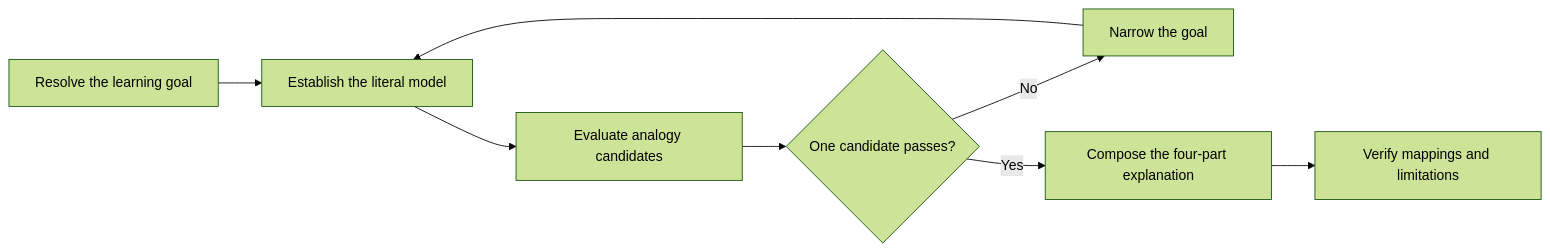
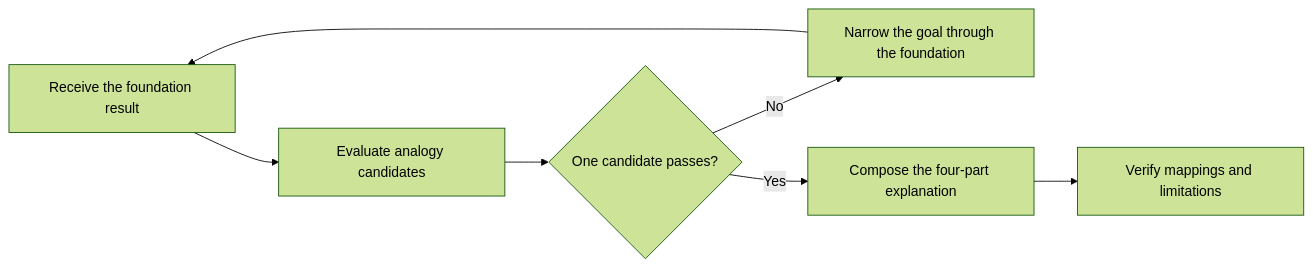
One commit to fam-tung-lam/ptlam-agent-plugin changed the diagram in plugin/skills/ptlam-explaining-with-analogy/SKILL.md. Above: the diagram before and after it, drawn with Mermaid (forest theme). The commit also changed other lines of this file and 40 other files, not shown here.

````diff
--- a/plugin/skills/ptlam-explaining-with-analogy/SKILL.md
+++ b/plugin/skills/ptlam-explaining-with-analogy/SKILL.md
@@ -16,10 +17,9 @@
 ```mermaid
 flowchart LR
-    A[Resolve the learning goal] --> B[Establish the literal model]
-    B --> C[Evaluate analogy candidates]
-    C --> D{One candidate passes?}
-    D -- No --> E[Narrow the goal]
-    E --> B
-    D -- Yes --> F[Compose the four-part explanation]
-    F --> G[Verify mappings and limitations]
+    A[Receive the foundation result] --> B[Evaluate analogy candidates]
+    B --> C{One candidate passes?}
+    C -- No --> D[Narrow the goal through the foundation]
+    D --> A
+    C -- Yes --> E[Compose the four-part explanation]
+    E --> F[Verify mappings and limitations]
 ```
````
